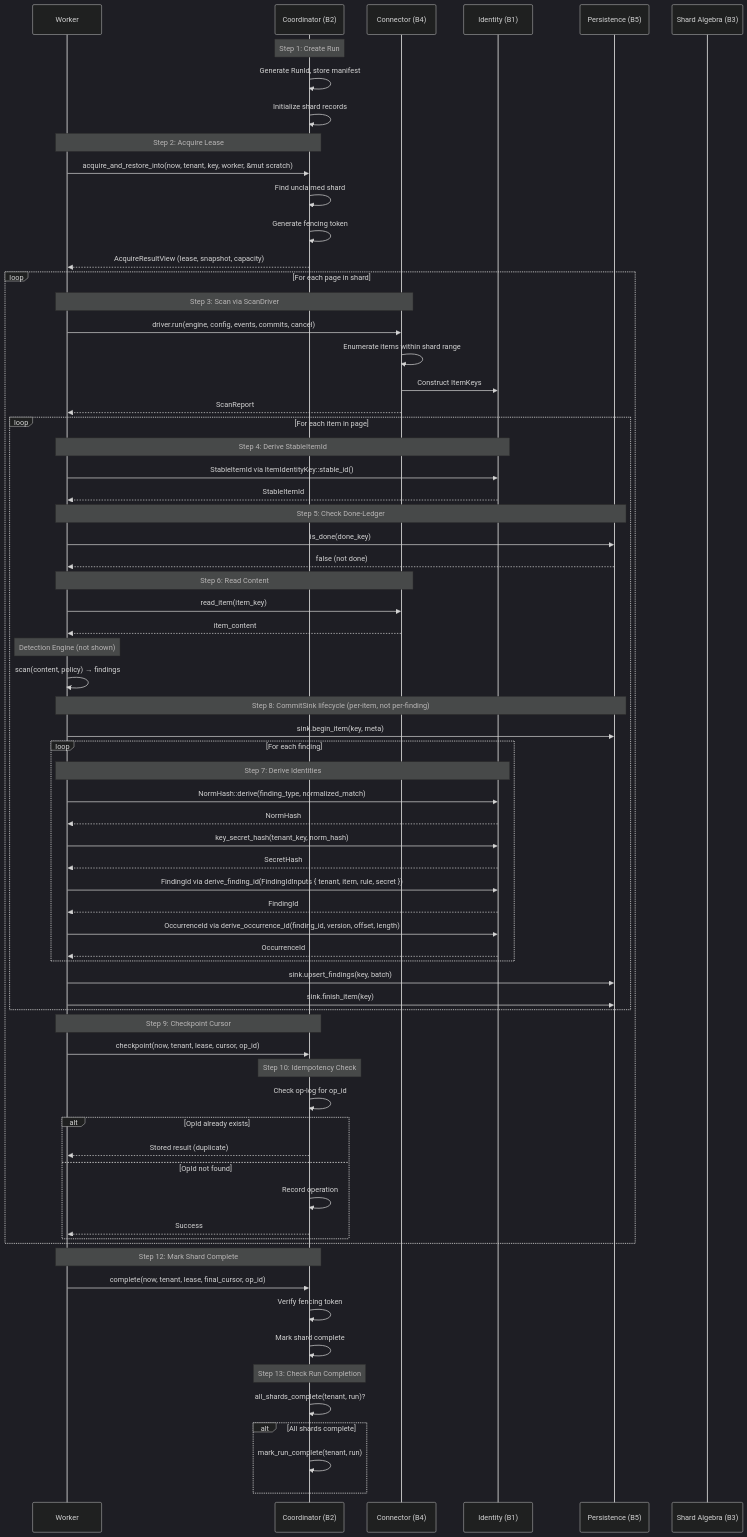
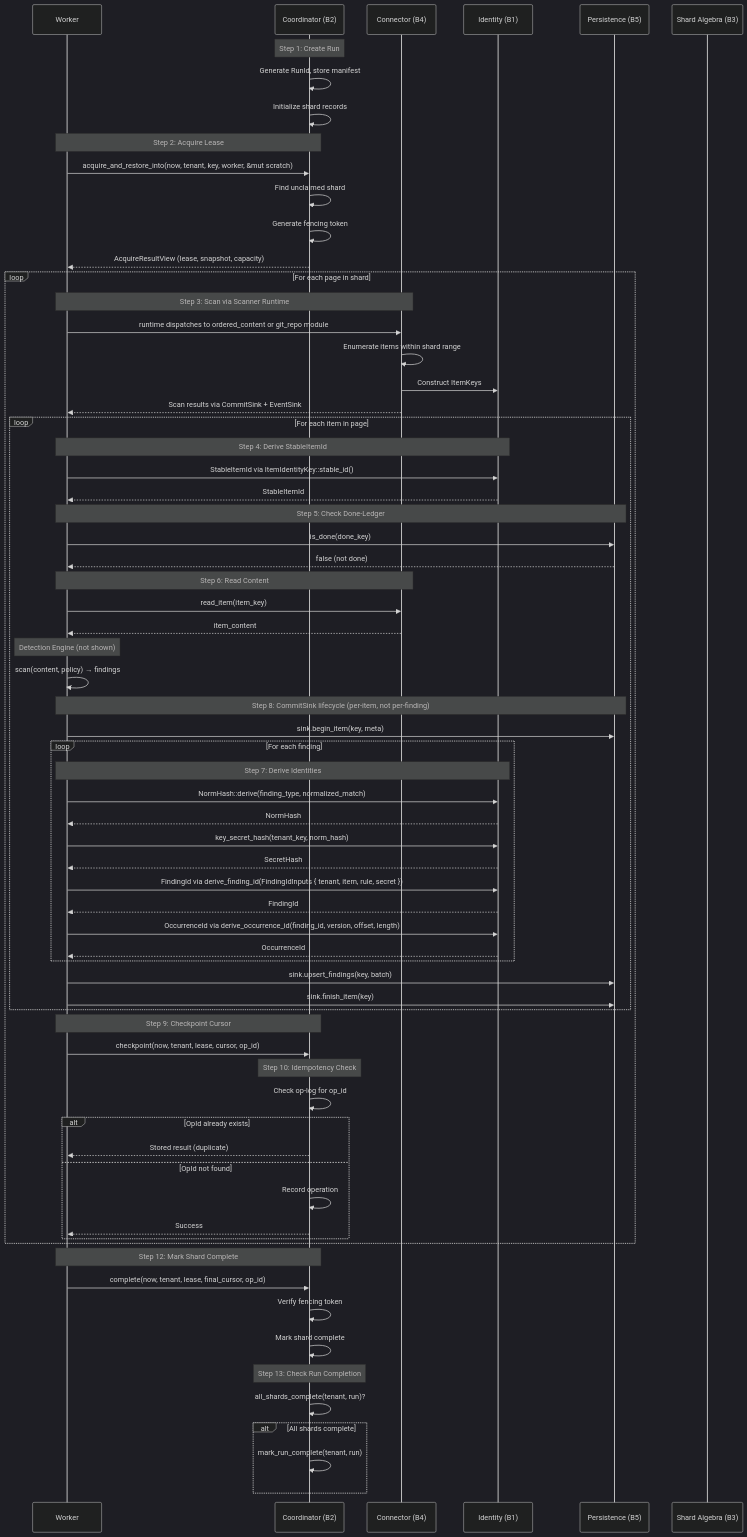
The diagram in 08-cross-cutting/02-data-flow-end-to-end.md (ahrav/gossip-rs-learning-guide), drawn with Mermaid (dark theme) before and after one commit. The commit also changed other lines of this file and 46 other files, not shown here.

```diff
--- a/08-cross-cutting/02-data-flow-end-to-end.md
+++ b/08-cross-cutting/02-data-flow-end-to-end.md
@@ -387,11 +390,11 @@
     B2-->>W: AcquireResultView (lease, snapshot, capacity)
 
     loop For each page in shard
-        Note over W,B4: Step 3: Scan via ScanDriver
-        W->>B4: driver.run(engine, config, events, commits, cancel)
+        Note over W,B4: Step 3: Scan via Scanner Runtime
+        W->>B4: runtime dispatches to ordered_content or git_repo module
         B4->>B4: Enumerate items within shard range
         B4->>B1: Construct ItemKeys
-        B4-->>W: ScanReport
+        B4-->>W: Scan results via CommitSink + EventSink
 
         loop For each item in page
             Note over W,B1: Step 4: Derive StableItemId
```
